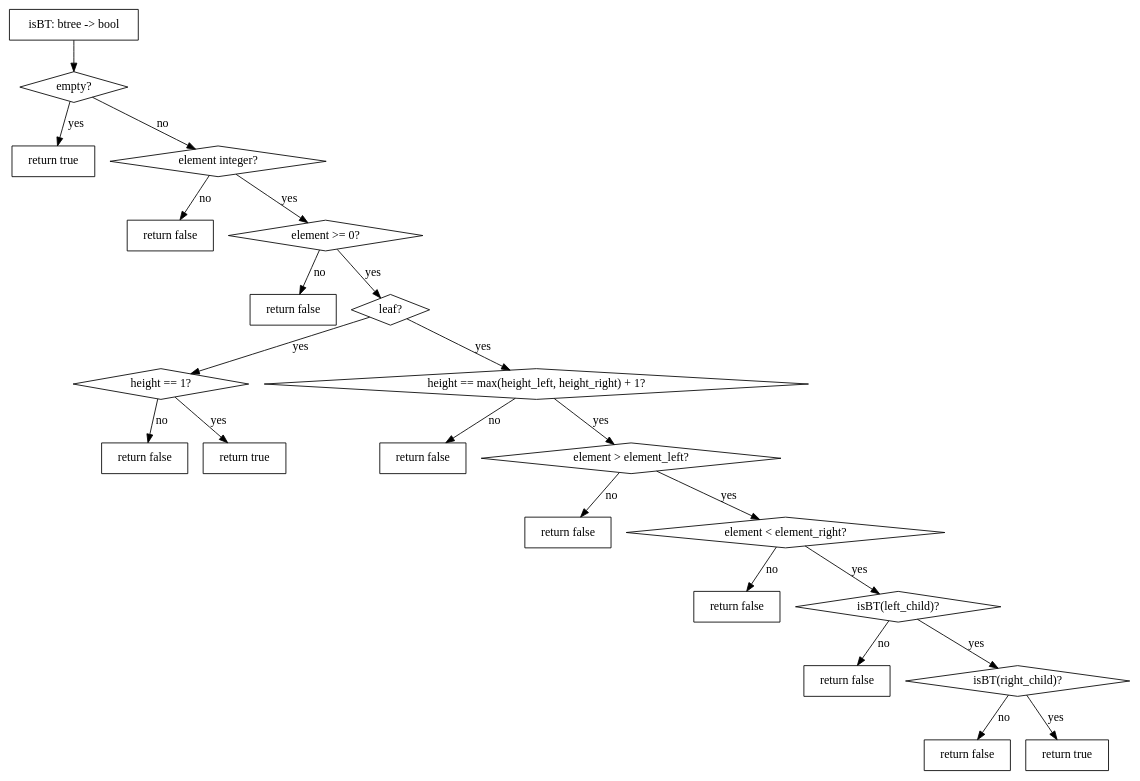
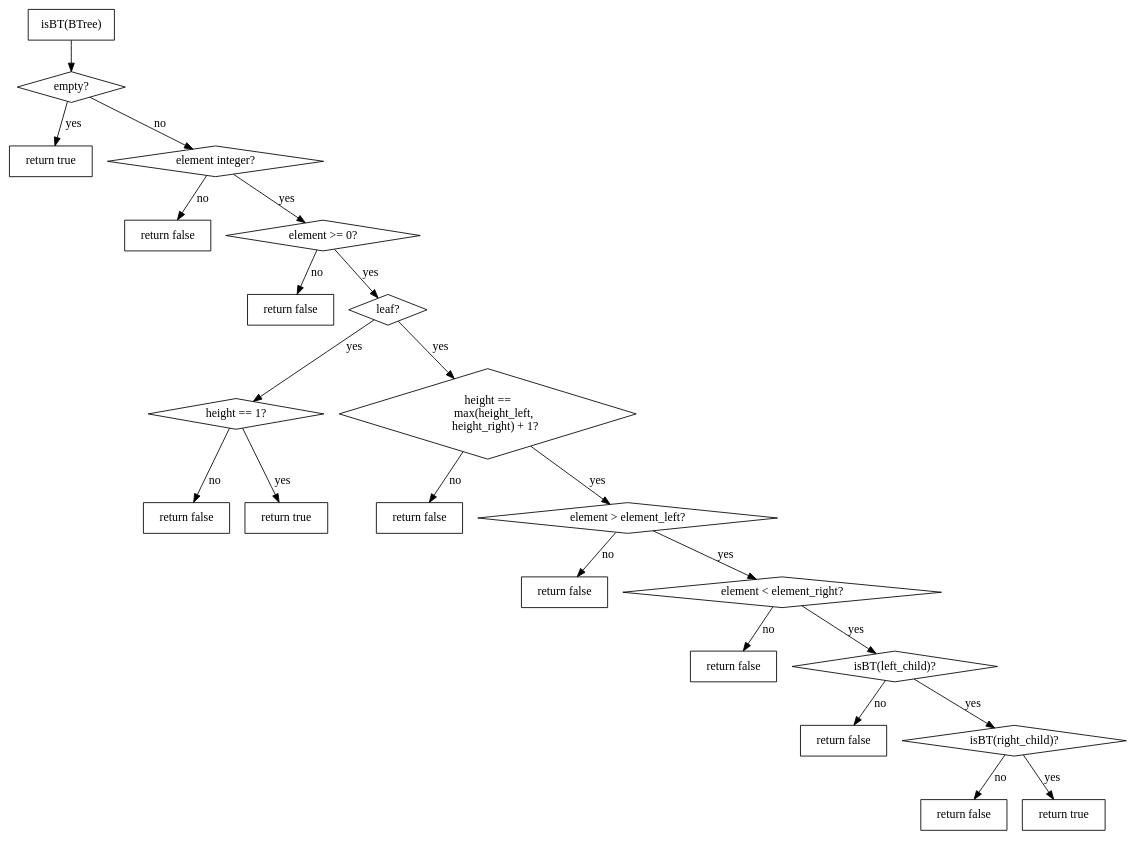
The diagram in doc/isBt.gv (hugoppp-uni/Algorithmen-und-Datenstrukturen), drawn with Graphviz before and after one commit.

```diff
--- a/doc/isBt.gv
+++ b/doc/isBt.gv
@@ -1,54 +1,57 @@
 digraph Q {
 
 node [shape = box];
 compound = true;
 
 //insert
-    "isBT: btree -> bool" -> a1
+    "isBT(BTree)" -> a1
     a1 [label = "empty?" shape = diamond]
     a1 -> true1 [label = "yes"]
     a1 -> a2 [label = "no"]
     a2 [label = "element integer?" shape = diamond]
     a2 -> false1 [label = "no"]
     a2 -> a3 [label = "yes"]
     a3 [label = "element >= 0?" shape = diamond]
     a3 -> false2 [label = "no"]
     a3 -> a4 [label = "yes"]
     a4 [label = "leaf?" shape = diamond]
     a4 -> a5 [label = "yes"]
     //a4 -> a6 [label = "no"]
     a5 [label = "height == 1?" shape = diamond]
     a5 -> false3 [label = "no"]
     a5 -> true2 [label = "yes"]
     //a6 [label = "height > 0?" shape = diamond]
     //a6 -> false [label = "no"]
     a4 -> a7 [label = "yes"]
-    a7 [label = "height == max(height_left, height_right) + 1?" shape = diamond]
+    a7 [label = "height ==
+     max(height_left,
+      height_right) + 1?" shape = diamond]
     a7 -> false4 [label = "no"]
     a7 -> a8 [label = "yes"]
     a8 [label = "element > element_left?" shape = diamond]
     a8 -> false5 [label = "no"]
     a8 -> a9 [label = "yes"]
     a9 [label = "element < element_right?" shape = diamond]
     a9 -> false6 [label = "no"]
     a9 -> a10 [label = "yes"]
     a10 [label = "isBT(left_child)?" shape = diamond]
     a10 -> false7 [label = "no"]
     a10 -> a11 [label = "yes"]
     a11 [label = "isBT(right_child)?" shape = diamond]
     a11 -> false8 [label = "no"]
     a11 -> true3 [label = "yes"]
     
     true1 [label = "return true"]
+    true2 [label = "return true"]
+    true3 [label = "return true"]
+
     false1 [label = "return false"]
-    true2 [label = "return true"]
     false2 [label = "return false"]
-    true3 [label = "return true"]
     false3 [label = "return false"]
     false4 [label = "return false"]
     false5 [label = "return false"]
     false6 [label = "return false"]
     false7 [label = "return false"]
     false8 [label = "return false"]
     
 }
```
